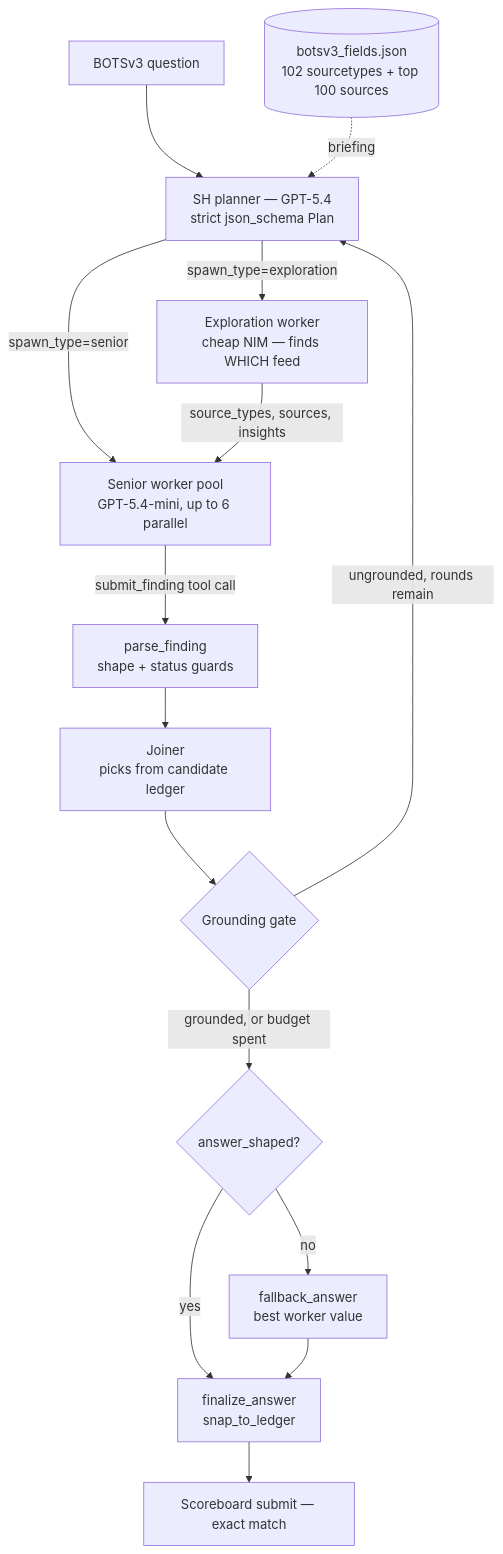
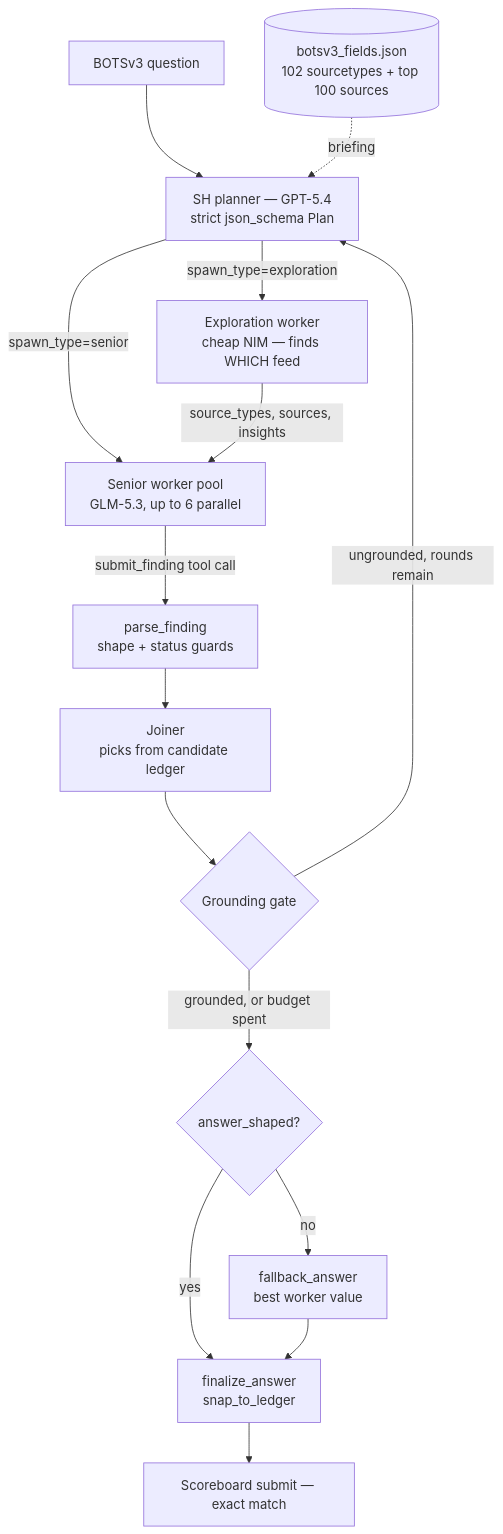
The diagram in docs/ARCHITECTURE.md (lee1613/SIEM-Automation), drawn with Mermaid before and after one commit. The commit also changed other lines of this file and 4 other files, not shown here.

First line of the commit message:
feat: default the Senior worker to zai-org/GLM-5.3 on Featherless

````diff
--- a/docs/ARCHITECTURE.md
+++ b/docs/ARCHITECTURE.md
@@ -58,17 +58,17 @@
 ```mermaid
 flowchart TD
     Q[BOTSv3 question] --> SH[SH planner — GPT-5.4<br/>strict json_schema Plan]
     B[(botsv3_fields.json<br/>102 sourcetypes + top 100 sources)] -.briefing.-> SH
-    SH -->|spawn_type=senior| W[Senior worker pool<br/>GPT-5.4-mini, up to 6 parallel]
+    SH -->|spawn_type=senior| W[Senior worker pool<br/>GLM-5.3, up to 6 parallel]
     SH -->|spawn_type=exploration| E[Exploration worker<br/>cheap NIM — finds WHICH feed]
     E -->|source_types, sources, insights| W
     W -->|submit_finding tool call| P[parse_finding<br/>shape + status guards]
     P --> J[Joiner<br/>picks from candidate ledger]
     J --> G{Grounding gate}
     G -->|ungrounded, rounds remain| SH
     G -->|grounded, or budget spent| C{answer_shaped?}
     C -->|no| FB[fallback_answer<br/>best worker value]
     C -->|yes| F[finalize_answer<br/>snap_to_ledger]
     FB --> F
     F --> S[Scoreboard submit — exact match]
 ```
````
